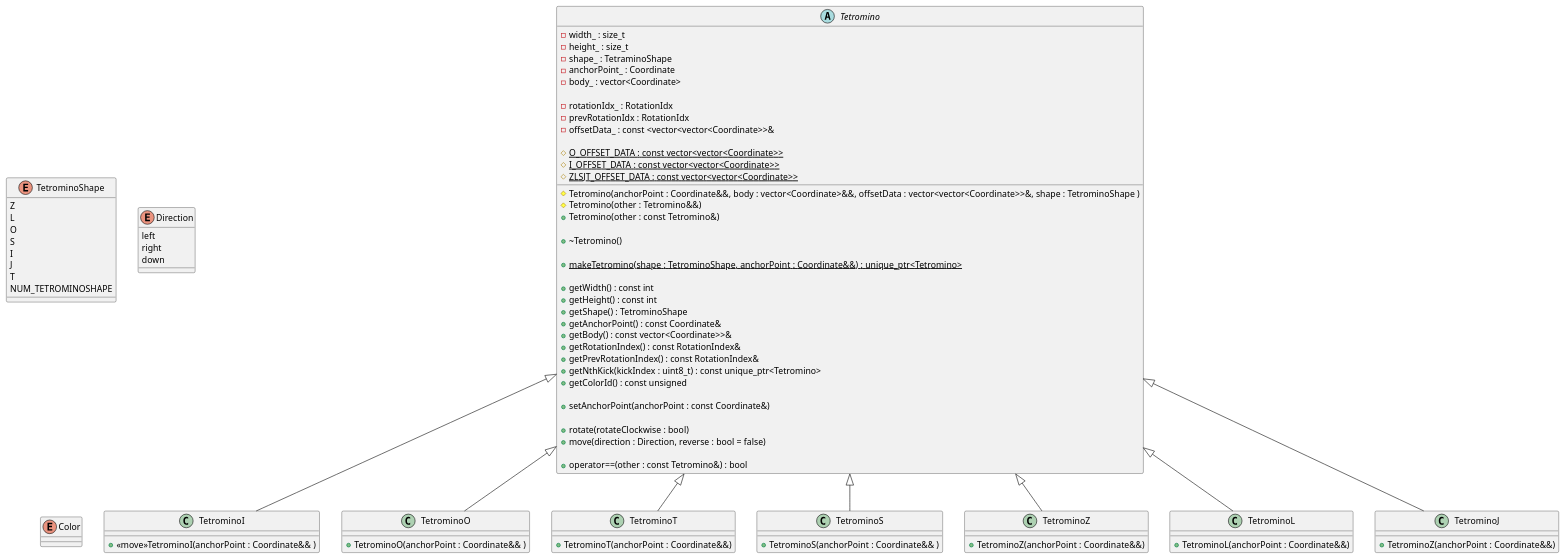
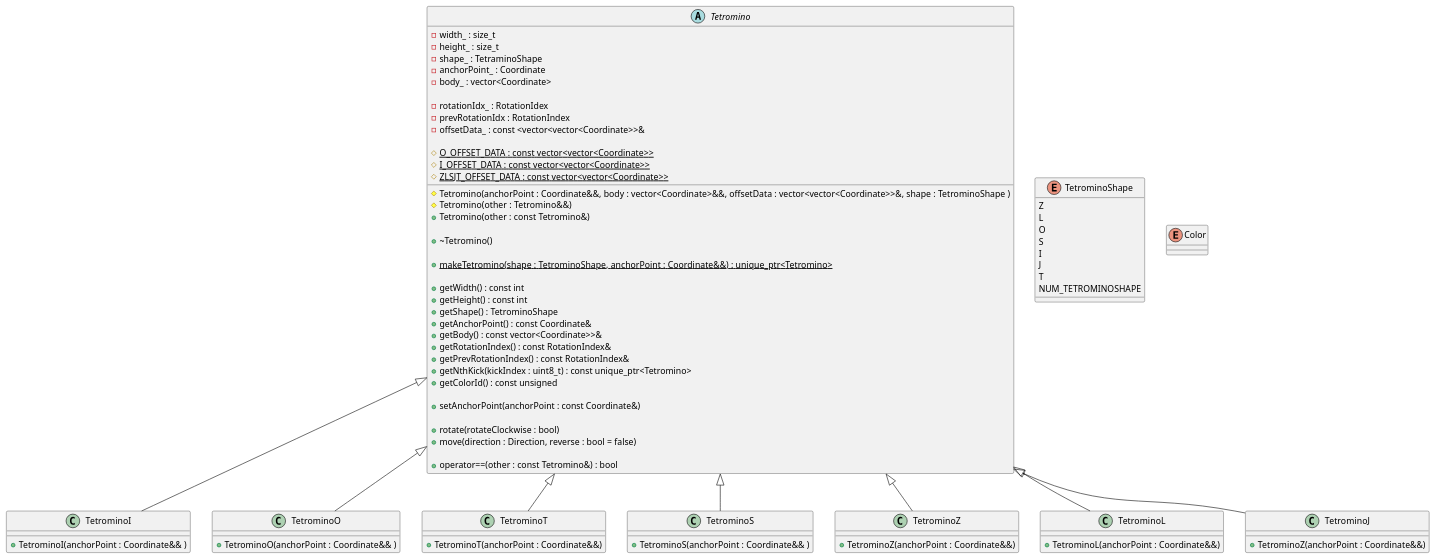
The diagram in SRD-DOC/uml/class/game/Tetrominoes.plantuml (ulb-info2-group5/Royal-Blocks), drawn with PlantUML before and after one commit. The commit also changed 3 other files, not shown here.

Commit message:
finally finished the whole game's classes diagrams ; still missing the static where it needs

```diff
--- a/SRD-DOC/uml/class/game/Tetrominoes.plantuml
+++ b/SRD-DOC/uml/class/game/Tetrominoes.plantuml
@@ -1,123 +1,121 @@
 @startuml (id=Tetromino)
 
 ' skinparam class {
     '     BackgroundColor AntiqueWhite
     '}
 
 
 abstract class Tetromino {
     - width_ : size_t
     - height_ : size_t
     - shape_ : TetraminoShape
     - anchorPoint_ : Coordinate
     - body_ : vector<Coordinate>
 
     '----SRS----'
-    -rotationIdx_ : RotationIdx
-    -prevRotationIdx : RotationIdx
+    -rotationIdx_ : RotationIdex
+    -prevRotationIdx : RotationIndex
     -offsetData_ : const <vector<vector<Coordinate>>&
 
     '----kick data----'
     # {static} O_OFFSET_DATA : const vector<vector<Coordinate>>
     # {static} I_OFFSET_DATA : const vector<vector<Coordinate>>
     # {static} ZLSJT_OFFSET_DATA : const vector<vector<Coordinate>>
 
     '----Constructor----'
     # Tetromino(anchorPoint : Coordinate&&, body : vector<Coordinate>&&, offsetData : vector<vector<Coordinate>>&, shape : TetrominoShape )
     # Tetromino(other : Tetromino&&)
     + Tetromino(other : const Tetromino&)
 
     '----Destructor----'
     + ~Tetromino()
 
     '----Factory----'
     + {static} makeTetromino(shape : TetrominoShape, anchorPoint : Coordinate&&) : unique_ptr<Tetromino>
 
     '----Getters----'
     + getWidth() : const int
     + getHeight() : const int
     + getShape() : TetrominoShape
     + getAnchorPoint() : const Coordinate&
     + getBody() : const vector<Coordinate>>&
     + getRotationIndex() : const RotationIndex&
     + getPrevRotationIndex() : const RotationIndex&
     '+ getNumOfTests() : uint8_t'
     + getNthKick(kickIndex : uint8_t) : const unique_ptr<Tetromino>
     + getColorId() : const unsigned
 
     '----Setters----'
     + setAnchorPoint(anchorPoint : const Coordinate&)
 
     '----Action----'
     + rotate(rotateClockwise : bool)
     + move(direction : Direction, reverse : bool = false)
 
     '----Comparisons----'
     + operator==(other : const Tetromino&) : bool
     
 }
 
 
 enum TetrominoShape {
     Z
     L
     O
     S
     I
     J
     T
     NUM_TETROMINOSHAPE
-
 }
 
-enum Direction {
-    left
-    right
-    down
-}
+' enum Direction {
+'     left
+'     right
+'     down
+' }
 
 
 enum Color {
 
 }
 
 
 class TetrominoI extends Tetromino {
 
-    ' <<move >> is just to clarify that it's a move constructor'
-    +<<move>>TetrominoI(anchorPoint : Coordinate&& )
+    +TetrominoI(anchorPoint : Coordinate&& )
 }
 class TetrominoO extends Tetromino {
 
     +TetrominoO(anchorPoint : Coordinate&& )
 
 }
 class TetrominoT extends Tetromino {
 
     +TetrominoT(anchorPoint : Coordinate&&)
 }
 
 class TetrominoS extends Tetromino {
 
     +TetrominoS(anchorPoint : Coordinate&& )
 }
 
 class TetrominoZ extends Tetromino {
 
     +TetrominoZ(anchorPoint : Coordinate&&)
 }
 
 class TetrominoL extends Tetromino {
 
     +TetrominoL(anchorPoint : Coordinate&&)
 }
 
 class TetrominoJ extends Tetromino {
 
     +TetrominoZ(anchorPoint : Coordinate&&)
 }
 
 ' Tetromino.-> TetrominoShape : uses
 ' Tetromino .-> Direction : uses
 
 @enduml
```
